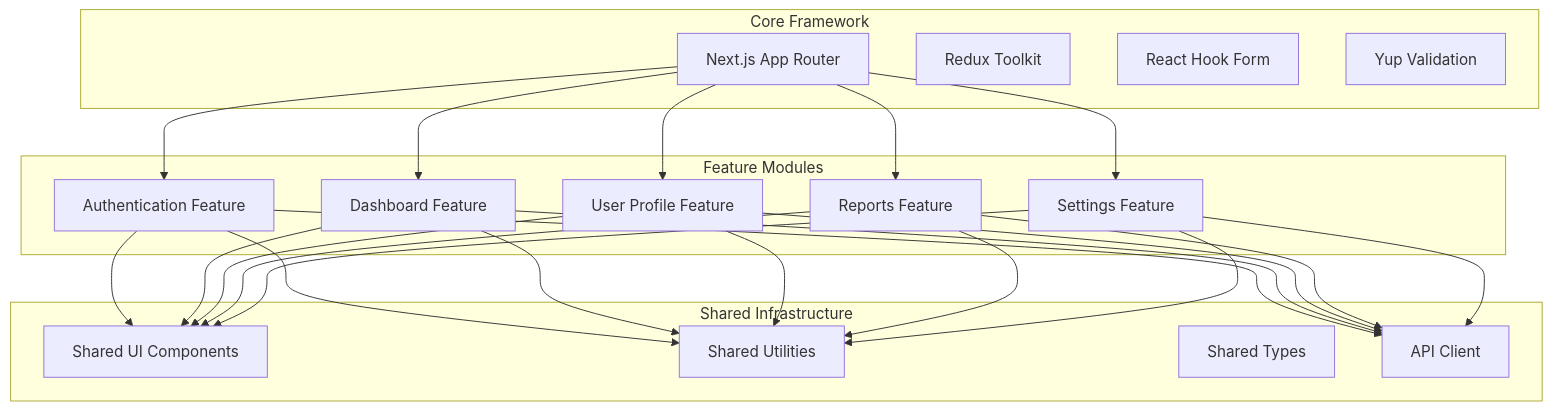
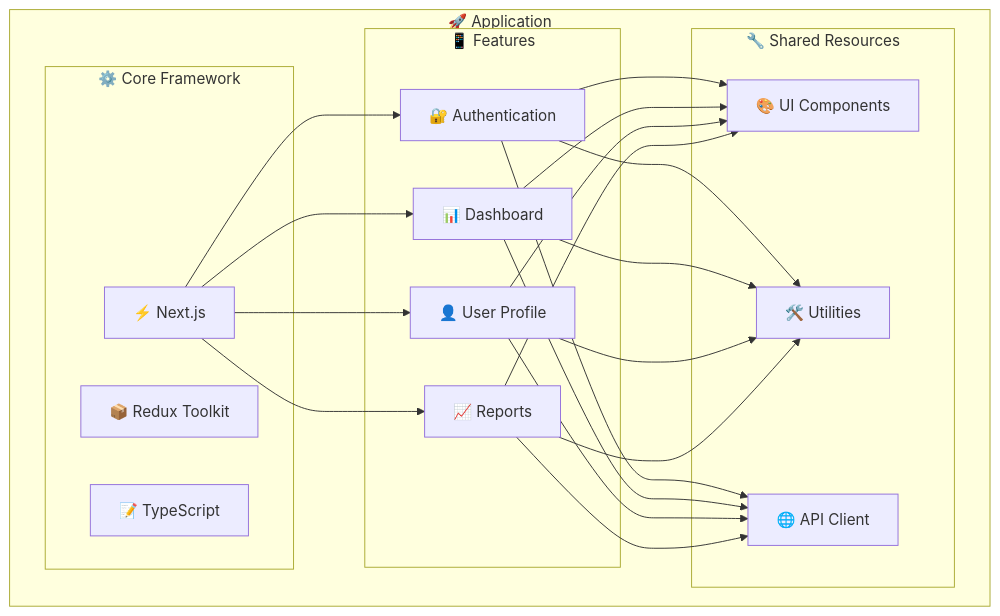
The first of 17 diagrams in README.md (sep490-drivemate-system/webapp), drawn with Mermaid before and after one commit. The commit also changed other lines of this file and 1 other file, not shown here.

````diff
--- a/README.md
+++ b/README.md
@@ -11,48 +11,43 @@
 ```mermaid
 graph TB
-    subgraph "Feature Modules"
-        Auth[Authentication Feature]
-        Dashboard[Dashboard Feature]
-        Profile[User Profile Feature]
-        Reports[Reports Feature]
-        Settings[Settings Feature]
-    end
-    
-    subgraph "Shared Infrastructure"
-        UI[Shared UI Components]
-        Utils[Shared Utilities]
-        Types[Shared Types]
-        API[API Client]
-    end
-    
-    subgraph "Core Framework"
-        NextJS[Next.js App Router]
-        Redux[Redux Toolkit]
-        Forms[React Hook Form]
-        Validation[Yup Validation]
+    subgraph "🚀 Application"
+        subgraph "📱 Features"
+            Auth[🔐 Authentication]
+            Dashboard[📊 Dashboard]
+            Profile[👤 User Profile]
+            Reports[📈 Reports]
+        end
+        
+        subgraph "🔧 Shared Resources"
+            UI[🎨 UI Components]
+            Utils[🛠️ Utilities]
+            API[🌐 API Client]
+        end
+        
+        subgraph "⚙️ Core Framework"
+            NextJS[⚡ Next.js]
+            Redux[📦 Redux Toolkit]
+            TypeScript[📝 TypeScript]
+        end
     end
     
     Auth --> UI
     Dashboard --> UI
     Profile --> UI
     Reports --> UI
-    Settings --> UI
     
     Auth --> Utils
     Dashboard --> Utils
     Profile --> Utils
     Reports --> Utils
-    Settings --> Utils
     
     Auth --> API
     Dashboard --> API
     Profile --> API
     Reports --> API
-    Settings --> API
     
     NextJS --> Auth
     NextJS --> Dashboard
     NextJS --> Profile
     NextJS --> Reports
-    NextJS --> Settings
 ```
````
